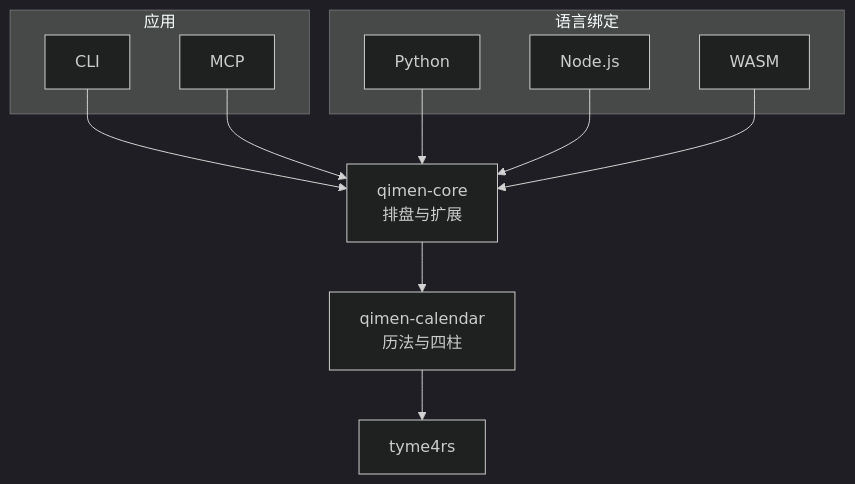
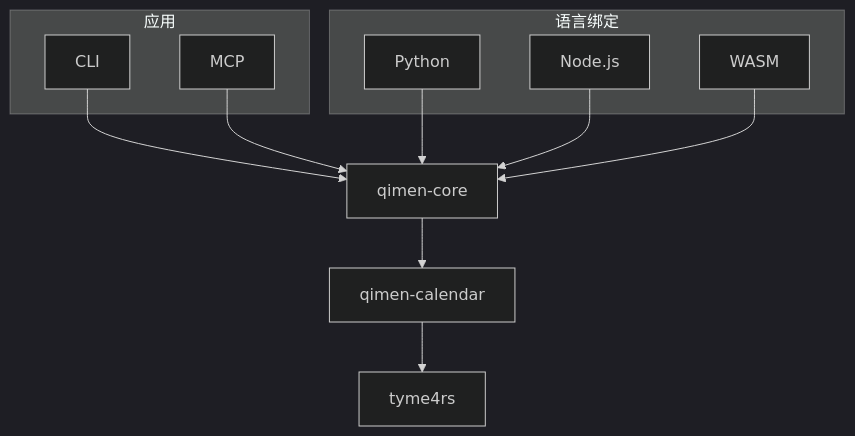
The diagram in README.md (SpenserCai/qimen-rs), drawn with Mermaid (dark theme) before and after one commit. The commit also changed other lines of this file and 60 other files, not shown here.

````diff
--- a/README.md
+++ b/README.md
@@ -16,21 +147,19 @@
 ```mermaid
 flowchart TB
     subgraph Apps["应用"]
         CLI["CLI"]
         MCP["MCP"]
     end
     subgraph Bindings["语言绑定"]
         Python["Python"]
         Node["Node.js"]
         WASM["WASM"]
     end
     CLI --> Core
     MCP --> Core
     Python --> Core
     Node --> Core
     WASM --> Core
-    Core["`qimen-core
-排盘与扩展`"] --> Calendar["`qimen-calendar
-历法与四柱`"]
+    Core["qimen-core"] --> Calendar["qimen-calendar"]
     Calendar --> Tyme["tyme4rs"]
 ```
````
